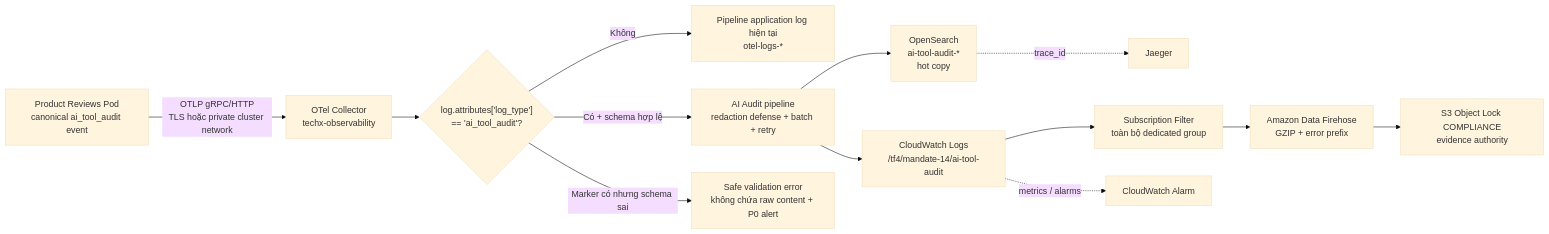
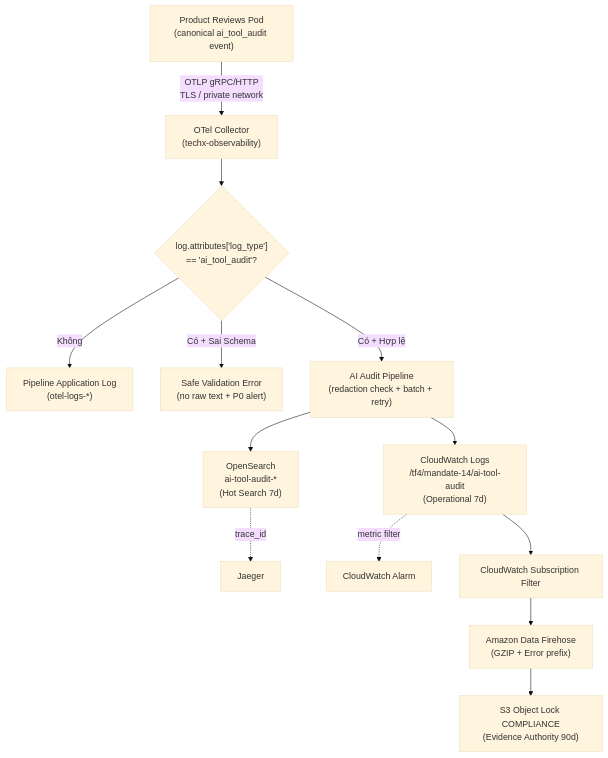
The diagram in docs/audit/planning/MANDATE-14-AI-AUDIT-LOG-PIPELINE-PLAN.md (TF4-Phase3-TechX/tf4-phase3-repo), drawn with Mermaid (base theme) before and after one commit. The commit also changed other lines of this file, not shown here.

First line of the commit message:
docs(cdo07): update audit pipeline plan (#653)

````diff
--- a/docs/audit/planning/MANDATE-14-AI-AUDIT-LOG-PIPELINE-PLAN.md
+++ b/docs/audit/planning/MANDATE-14-AI-AUDIT-LOG-PIPELINE-PLAN.md
@@ -128,15 +67,20 @@
 ```mermaid
-flowchart LR
-    A["Product Reviews Pod<br/>canonical ai_tool_audit event"] -->|"OTLP gRPC/HTTP<br/>TLS hoặc private cluster network"| B["OTel Collector<br/>techx-observability"]
+flowchart TD
+    A["Product Reviews Pod<br/>(canonical ai_tool_audit event)"] -->|"OTLP gRPC/HTTP<br/>TLS / private network"| B["OTel Collector<br/>(techx-observability)"]
+    
     B --> C{"log.attributes['log_type']<br/>== 'ai_tool_audit'?"}
-    C -->|"Không"| D["Pipeline application log hiện tại<br/>otel-logs-*"]
-    C -->|"Có + schema hợp lệ"| E["AI Audit pipeline<br/>redaction defense + batch + retry"]
-    C -->|"Marker có nhưng schema sai"| Q["Safe validation error<br/>không chứa raw content + P0 alert"]
-    E --> F["OpenSearch<br/>ai-tool-audit-*<br/>hot copy"]
-    E --> G["CloudWatch Logs<br/>/tf4/mandate-14/ai-tool-audit"]
-    G --> H["Subscription Filter<br/>toàn bộ dedicated group"]
-    H --> I["Amazon Data Firehose<br/>GZIP + error prefix"]
-    I --> J["S3 Object Lock COMPLIANCE<br/>evidence authority"]
+    
+    C -->|"Không"| D["Pipeline Application Log<br/>(otel-logs-*)"]
+    C -->|"Có + Sai Schema"| Q["Safe Validation Error<br/>(no raw text + P0 alert)"]
+    C -->|"Có + Hợp lệ"| E["AI Audit Pipeline<br/>(redaction check + batch + retry)"]
+    
+    E --> F["OpenSearch<br/>ai-tool-audit-*<br/>(Hot Search 7d)"]
+    E --> G["CloudWatch Logs<br/>/tf4/mandate-14/ai-tool-audit<br/>(Operational 7d)"]
+    
     F -. "trace_id" .-> K["Jaeger"]
-    G -. "metrics / alarms" .-> L["CloudWatch Alarm"]
+    G -. "metric filter" .-> L["CloudWatch Alarm"]
+    
+    G --> H["CloudWatch Subscription Filter"]
+    H --> I["Amazon Data Firehose<br/>(GZIP + Error prefix)"]
+    I --> J["S3 Object Lock COMPLIANCE<br/>(Evidence Authority 90d)"]
 ```
````
